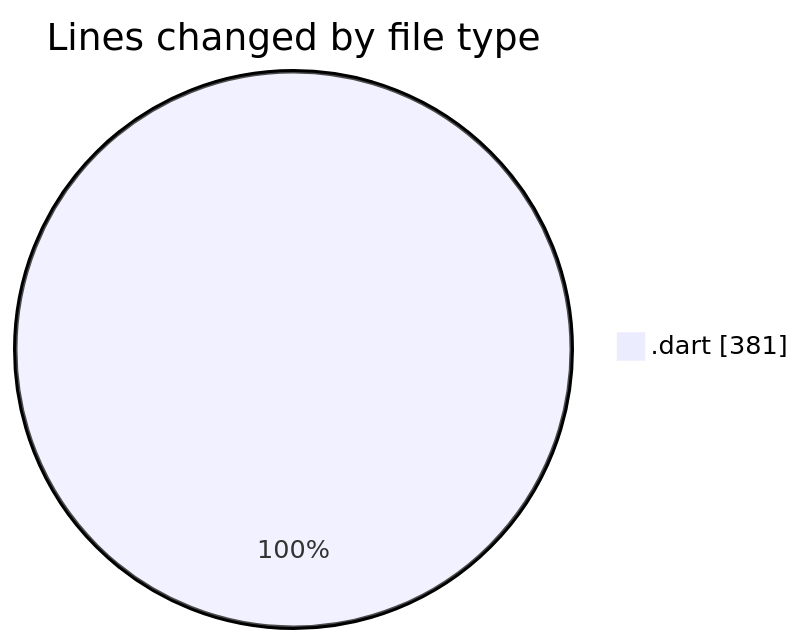
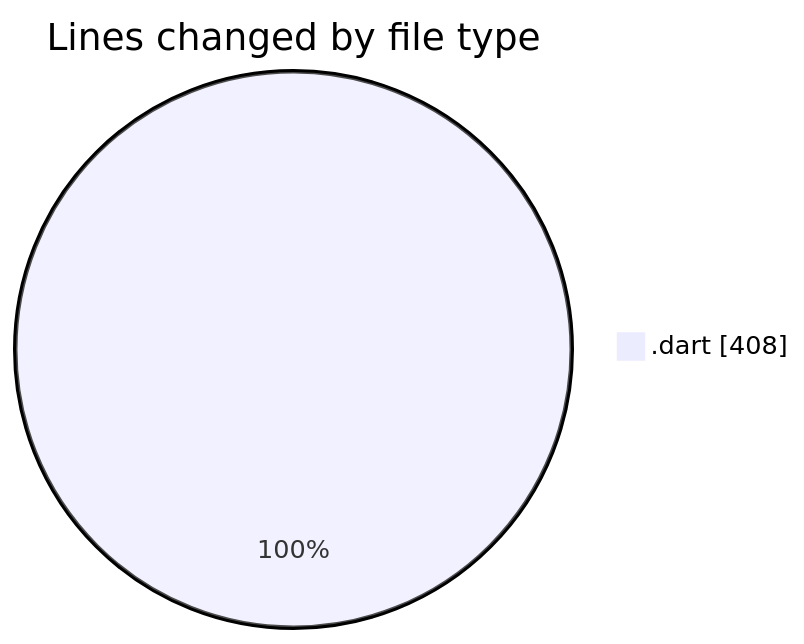
One commit to donsfak/code-tracking changed the first of 2 diagrams in 2025-02-25/trackers_app/README.md. Above: the diagram before and after it, drawn with Mermaid. The commit also changed other lines of this file and 1 other file, not shown here.

````diff
--- a/2025-02-25/trackers_app/README.md
+++ b/2025-02-25/trackers_app/README.md
@@ -22,5 +22,5 @@
 ```mermaid
 pie showData
 title Lines changed by file type
-".dart" : 381
+".dart" : 408
 ```
````
